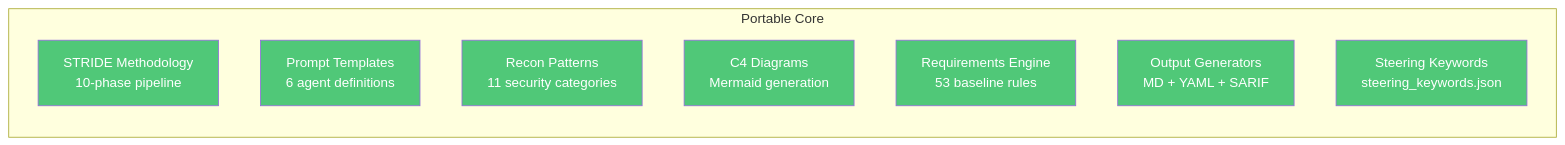
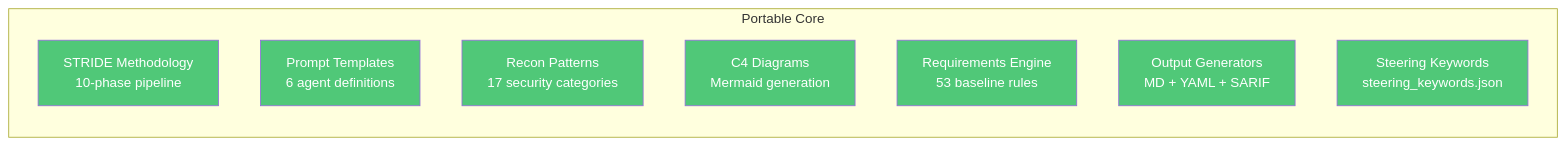
Before and after one commit to appsec-foundry/appsec-advisor: the fourth of 24 diagrams in doc/distribution-strategies.md, drawn with Mermaid. The commit also changed 60 other files, not shown here.

````diff
--- a/doc/distribution-strategies.md
+++ b/doc/distribution-strategies.md
@@ -179,20 +179,20 @@
 ```mermaid
 graph LR
     subgraph "Portable Core"
         M["STRIDE Methodology<br/>10-phase pipeline"]
         P["Prompt Templates<br/>6 agent definitions"]
-        R["Recon Patterns<br/>11 security categories"]
+        R["Recon Patterns<br/>17 security categories"]
         C4["C4 Diagrams<br/>Mermaid generation"]
         REQ["Requirements Engine<br/>53 baseline rules"]
         OUT["Output Generators<br/>MD + YAML + SARIF"]
         KW["Steering Keywords<br/>steering_keywords.json"]
     end
 
     style M fill:#50c878,color:#fff
     style P fill:#50c878,color:#fff
     style R fill:#50c878,color:#fff
     style C4 fill:#50c878,color:#fff
     style REQ fill:#50c878,color:#fff
     style OUT fill:#50c878,color:#fff
     style KW fill:#50c878,color:#fff
 ```
````
